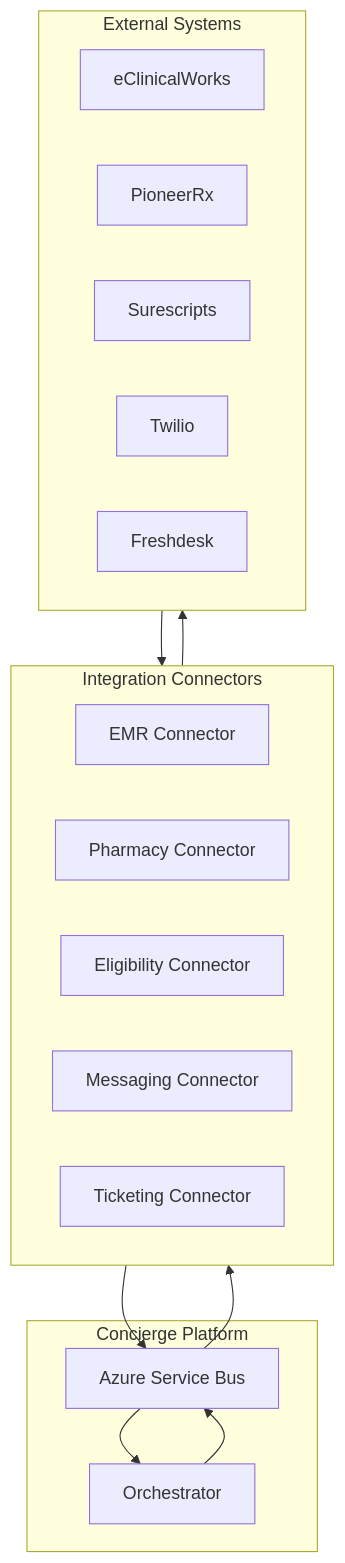
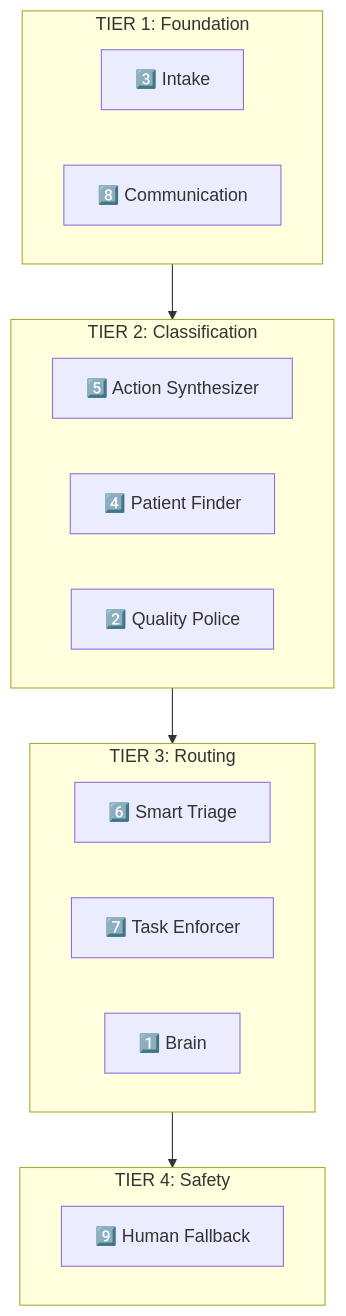
Before and after one commit to mohabnazmy/test: the tenth of 16 diagrams in test.md, drawn with Mermaid. The commit also changed other lines of this file, not shown here.

````diff
--- a/test.md
+++ b/test.md
@@ -2039,30 +333,25 @@
 ```mermaid
 flowchart TB
-    subgraph Concierge["Concierge Platform"]
-        Orch["Orchestrator"]
-        Bus["Azure Service Bus"]
+    subgraph Tier1["TIER 1: Foundation"]
+        T1A["3️⃣ Intake"]
+        T1B["8️⃣ Communication"]
     end
-
-    subgraph Connectors["Integration Connectors"]
-        EMR["EMR Connector"]
-        Pharmacy["Pharmacy Connector"]
-        Eligibility["Eligibility Connector"]
-        Messaging["Messaging Connector"]
-        Ticketing["Ticketing Connector"]
+    
+    subgraph Tier2["TIER 2: Classification"]
+        T2A["5️⃣ Action Synthesizer"]
+        T2B["4️⃣ Patient Finder"]
+        T2C["2️⃣ Quality Police"]
     end
-
-    subgraph External["External Systems"]
-        ECW["eClinicalWorks"]
-        Pioneer["PioneerRx"]
-        Surescripts["Surescripts"]
-        Twilio["Twilio"]
-        Freshdesk["Freshdesk"]
+    
+    subgraph Tier3["TIER 3: Routing"]
+        T3A["6️⃣ Smart Triage"]
+        T3B["7️⃣ Task Enforcer"]
+        T3C["1️⃣ Brain"]
     end
-
-    Orch --> Bus
-    Bus --> Connectors
-    Connectors --> External
-    External --> Connectors
-    Connectors --> Bus
-    Bus --> Orch
+    
+    subgraph Tier4["TIER 4: Safety"]
+        T4A["9️⃣ Human Fallback"]
+    end
+    
+    Tier1 --> Tier2 --> Tier3 --> Tier4
 ```
````
